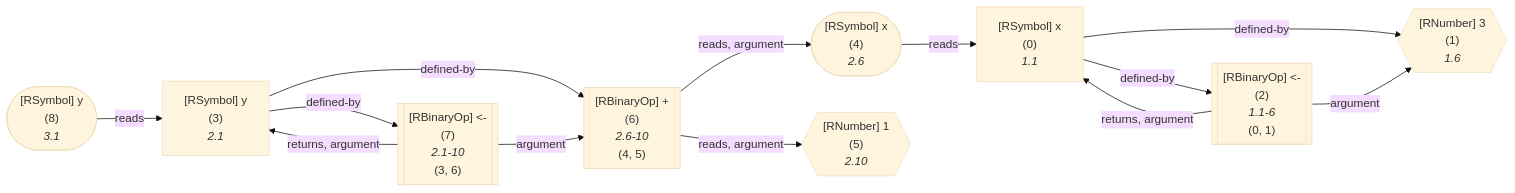
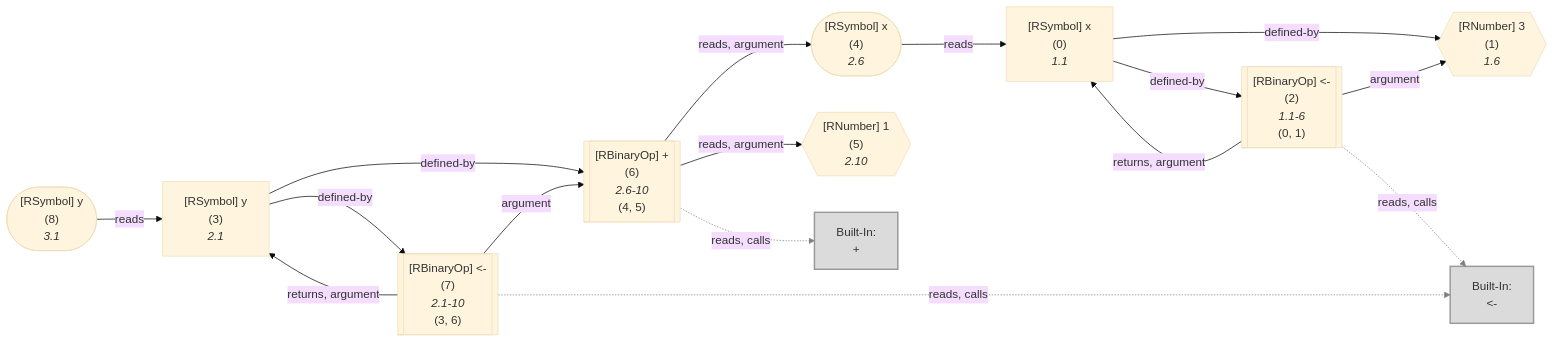
Before and after one commit to flowr-analysis/flowr: the first of 51 diagrams in wiki/Dataflow Graph.md, drawn with Mermaid (base theme). The commit also changed other lines of this file and 339 other files, not shown here.

````diff
--- a/wiki/Dataflow Graph.md
+++ b/wiki/Dataflow Graph.md
@@ -22,45 +34,57 @@
 ```mermaid
 flowchart LR
     1{{"`#91;RNumber#93; 3
       (1)
       *1.6*`"}}
     0["`#91;RSymbol#93; x
       (0)
       *1.1*`"]
     2[["`#91;RBinaryOp#93; #60;#45;
       (2)
       *1.1-6*
     (0, 1)`"]]
+    built-in:_-["`Built-In:
+#60;#45;`"]
+    style built-in:_- stroke:gray,fill:lightgray,stroke-width:2px,opacity:.8;
     4(["`#91;RSymbol#93; x
       (4)
       *2.6*`"])
     5{{"`#91;RNumber#93; 1
       (5)
       *2.10*`"}}
     6[["`#91;RBinaryOp#93; #43;
       (6)
       *2.6-10*
     (4, 5)`"]]
+    built-in:_["`Built-In:
+#43;`"]
+    style built-in:_ stroke:gray,fill:lightgray,stroke-width:2px,opacity:.8;
     3["`#91;RSymbol#93; y
       (3)
       *2.1*`"]
     7[["`#91;RBinaryOp#93; #60;#45;
       (7)
       *2.1-10*
     (3, 6)`"]]
     8(["`#91;RSymbol#93; y
       (8)
       *3.1*`"])
     0 -->|"defined-by"| 1
     0 -->|"defined-by"| 2
     2 -->|"argument"| 1
     2 -->|"returns, argument"| 0
+    2 -.->|"reads, calls"| built-in:_-
+    linkStyle 4 stroke:gray;
     4 -->|"reads"| 0
     6 -->|"reads, argument"| 4
     6 -->|"reads, argument"| 5
+    6 -.->|"reads, calls"| built-in:_
+    linkStyle 8 stroke:gray;
     3 -->|"defined-by"| 6
     3 -->|"defined-by"| 7
     7 -->|"argument"| 6
     7 -->|"returns, argument"| 3
+    7 -.->|"reads, calls"| built-in:_-
+    linkStyle 13 stroke:gray;
     8 -->|"reads"| 3
 ```
````
